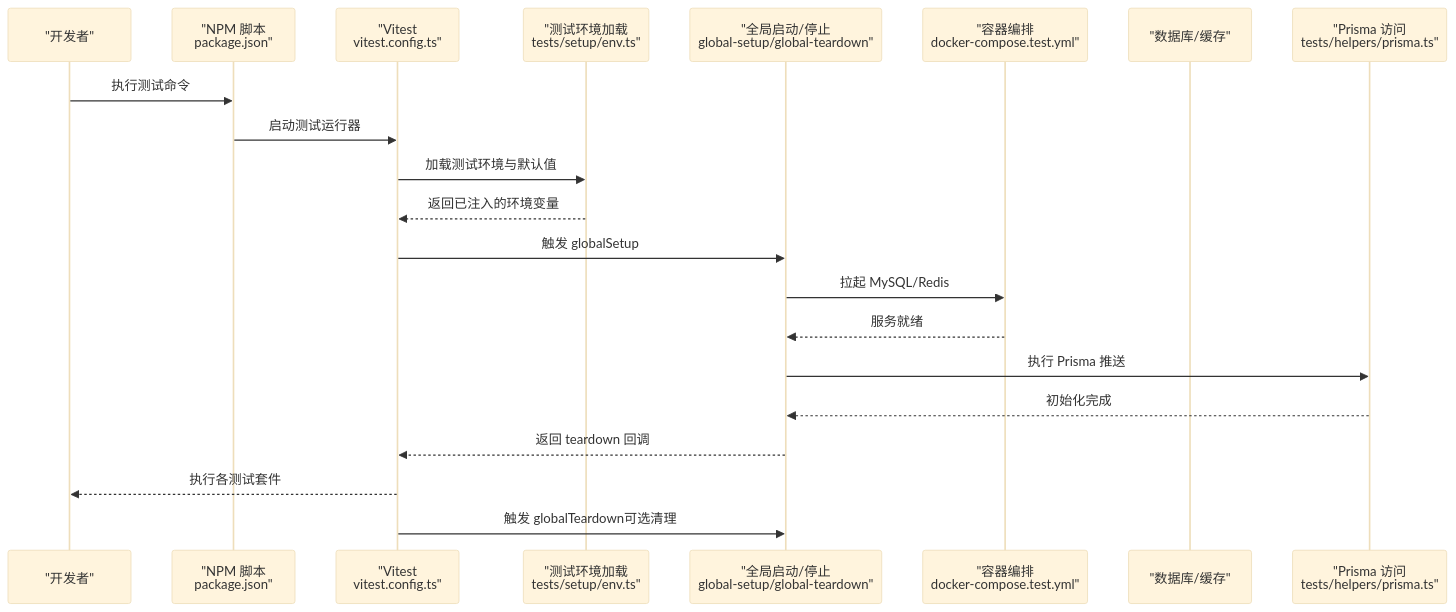
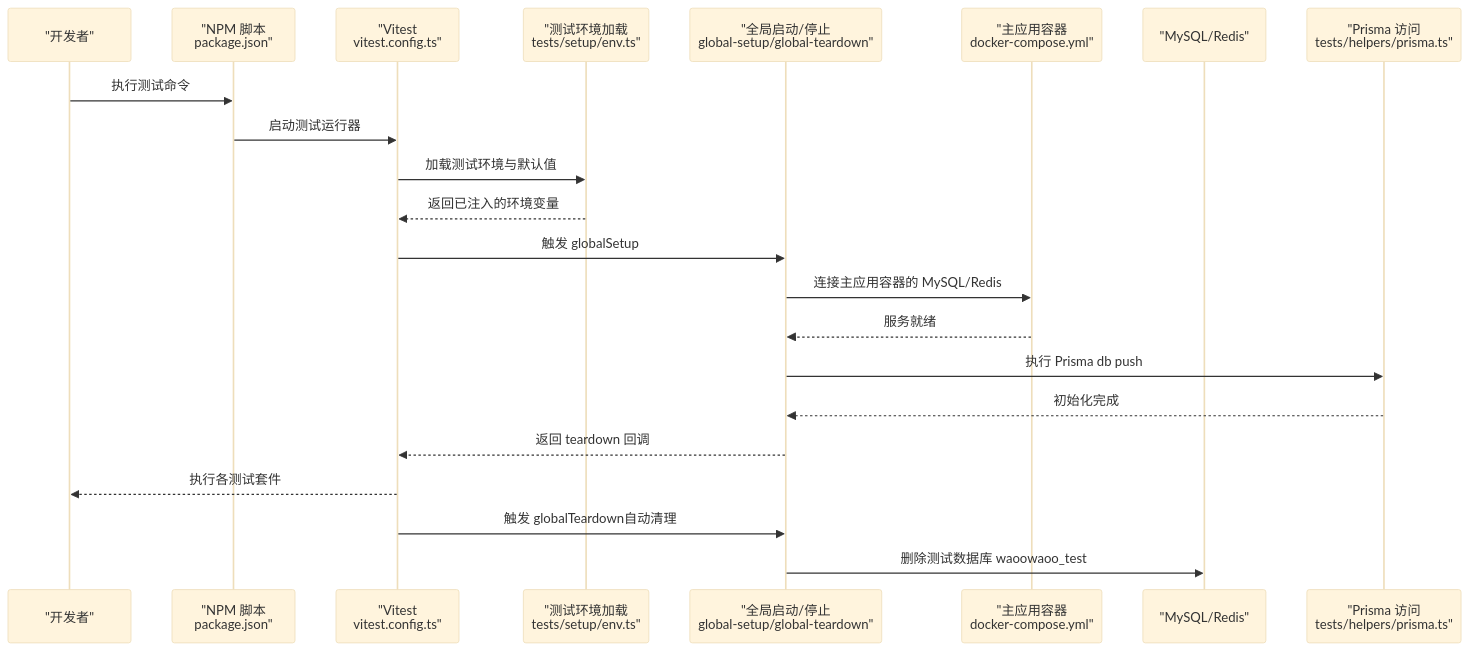
The second of 6 diagrams in .qoder/repowiki/zh/content/测试策略/测试基础设施.md (lyl2021/waoowaoo), drawn with Mermaid (base theme) before and after one commit. The commit also changed other lines of this file and 41 other files, not shown here.

````diff
--- a/.qoder/repowiki/zh/content/测试策略/测试基础设施.md
+++ b/.qoder/repowiki/zh/content/测试策略/测试基础设施.md
@@ -148,23 +153,24 @@
 ```mermaid
 sequenceDiagram
 participant Dev as "开发者"
 participant NPM as "NPM 脚本<br/>package.json"
 participant VIT as "Vitest<br/>vitest.config.ts"
 participant ENV as "测试环境加载<br/>tests/setup/env.ts"
 participant GS as "全局启动/停止<br/>global-setup/global-teardown"
-participant DC as "容器编排<br/>docker-compose.test.yml"
-participant DB as "数据库/缓存"
+participant APP as "主应用容器<br/>docker-compose.yml"
+participant DB as "MySQL/Redis"
 participant PRIS as "Prisma 访问<br/>tests/helpers/prisma.ts"
 Dev->>NPM : 执行测试命令
 NPM->>VIT : 启动测试运行器
 VIT->>ENV : 加载测试环境与默认值
 ENV-->>VIT : 返回已注入的环境变量
 VIT->>GS : 触发 globalSetup
-GS->>DC : 拉起 MySQL/Redis
-DC-->>GS : 服务就绪
-GS->>PRIS : 执行 Prisma 推送
+GS->>APP : 连接主应用容器的 MySQL/Redis
+APP-->>GS : 服务就绪
+GS->>PRIS : 执行 Prisma db push
 PRIS-->>GS : 初始化完成
 GS-->>VIT : 返回 teardown 回调
 VIT-->>Dev : 执行各测试套件
-VIT->>GS : 触发 globalTeardown可选清理
+VIT->>GS : 触发 globalTeardown自动清理
+GS->>DB : 删除测试数据库 waoowaoo_test
 ```
````
